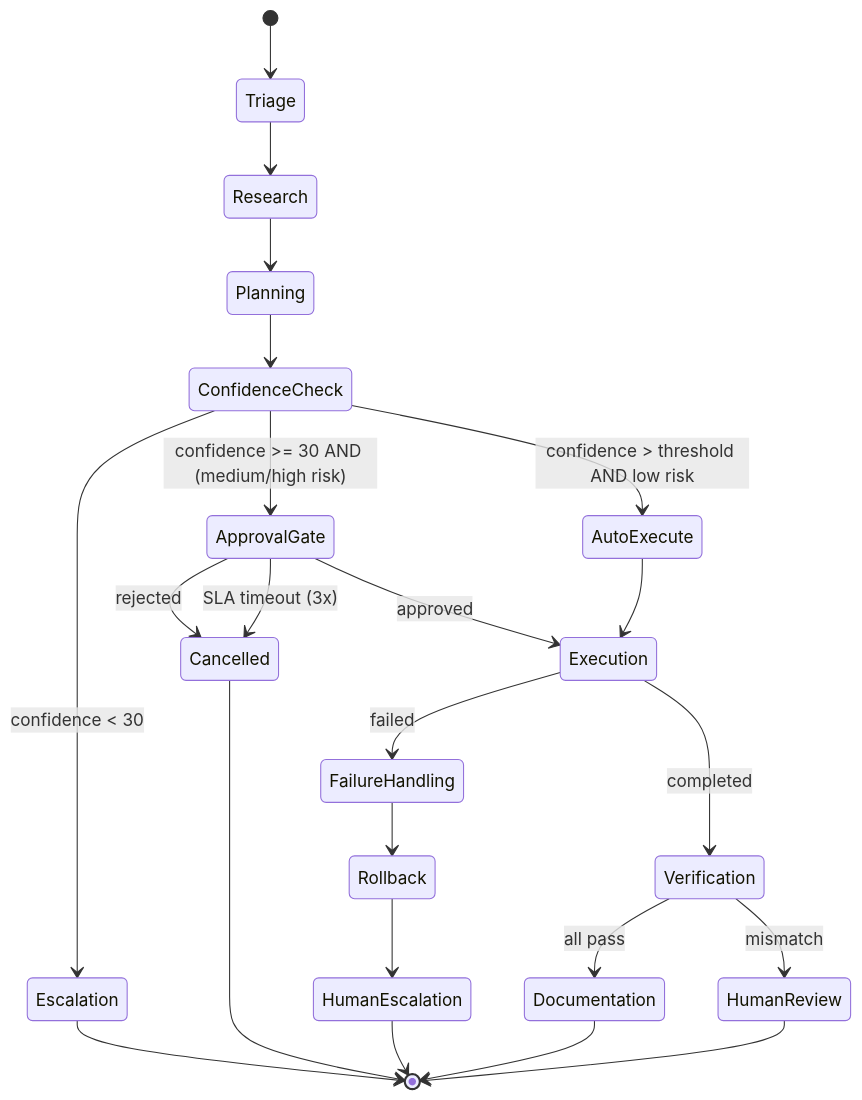
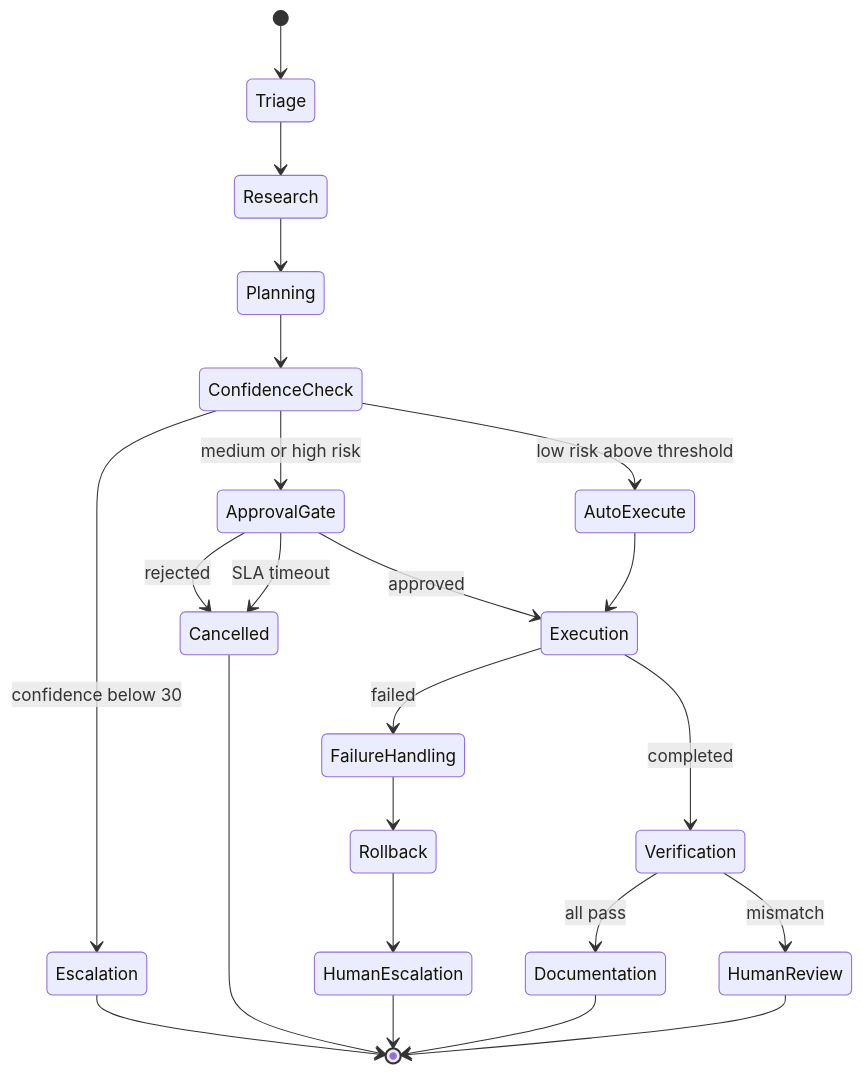
The second of 7 diagrams in docs/architecture/system-map.md (mrogers1-dot/ODOT-AWS-ForgeAdmin), drawn with Mermaid before and after one commit. The commit also changed other lines of this file, not shown here.

Commit message:
docs: add updated documentation for diagrams

````diff
--- a/docs/architecture/system-map.md
+++ b/docs/architecture/system-map.md
@@ -279,33 +270,33 @@
 ```mermaid
 stateDiagram-v2
     [*] --> Triage
     Triage --> Research
     Research --> Planning
     Planning --> ConfidenceCheck
 
-    ConfidenceCheck --> Escalation: confidence < 30
-    ConfidenceCheck --> ApprovalGate: confidence >= 30 AND (medium/high risk)
-    ConfidenceCheck --> AutoExecute: confidence > threshold AND low risk
+    ConfidenceCheck --> Escalation: confidence below 30
+    ConfidenceCheck --> ApprovalGate: medium or high risk
+    ConfidenceCheck --> AutoExecute: low risk above threshold
 
     Escalation --> [*]
 
     ApprovalGate --> Execution: approved
     ApprovalGate --> Cancelled: rejected
-    ApprovalGate --> Cancelled: SLA timeout (3x)
+    ApprovalGate --> Cancelled: SLA timeout
     AutoExecute --> Execution
 
     Cancelled --> [*]
 
     Execution --> Verification: completed
     Execution --> FailureHandling: failed
 
     FailureHandling --> Rollback
     Rollback --> HumanEscalation
     HumanEscalation --> [*]
 
     Verification --> Documentation: all pass
     Verification --> HumanReview: mismatch
 
     Documentation --> [*]
     HumanReview --> [*]
 ```
````
